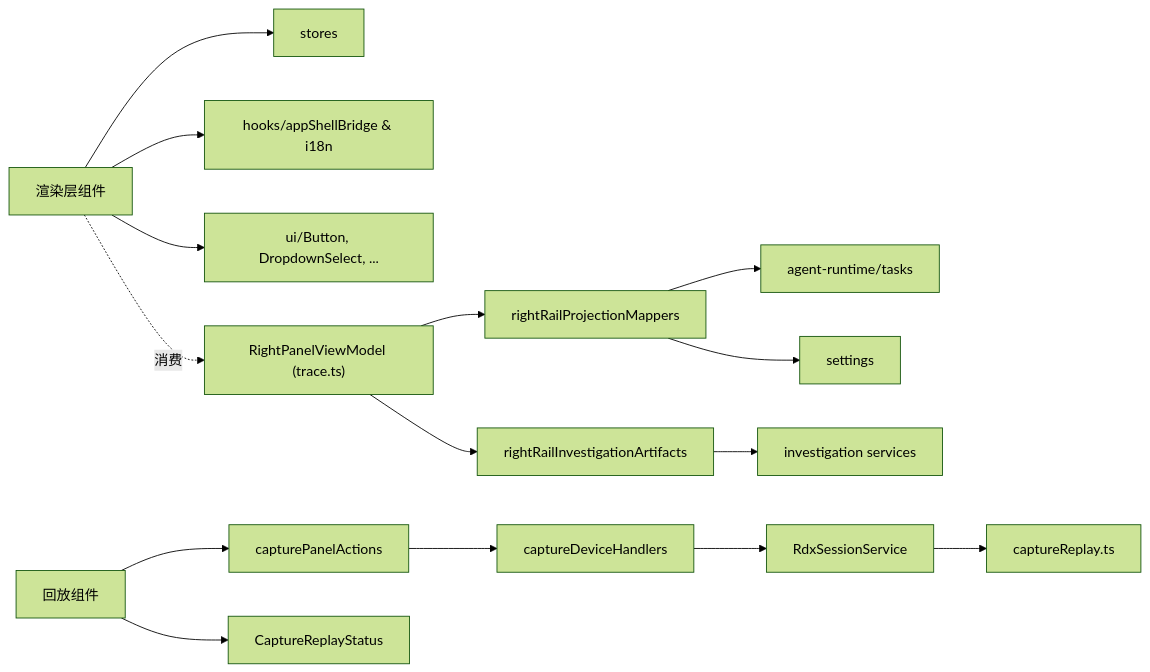
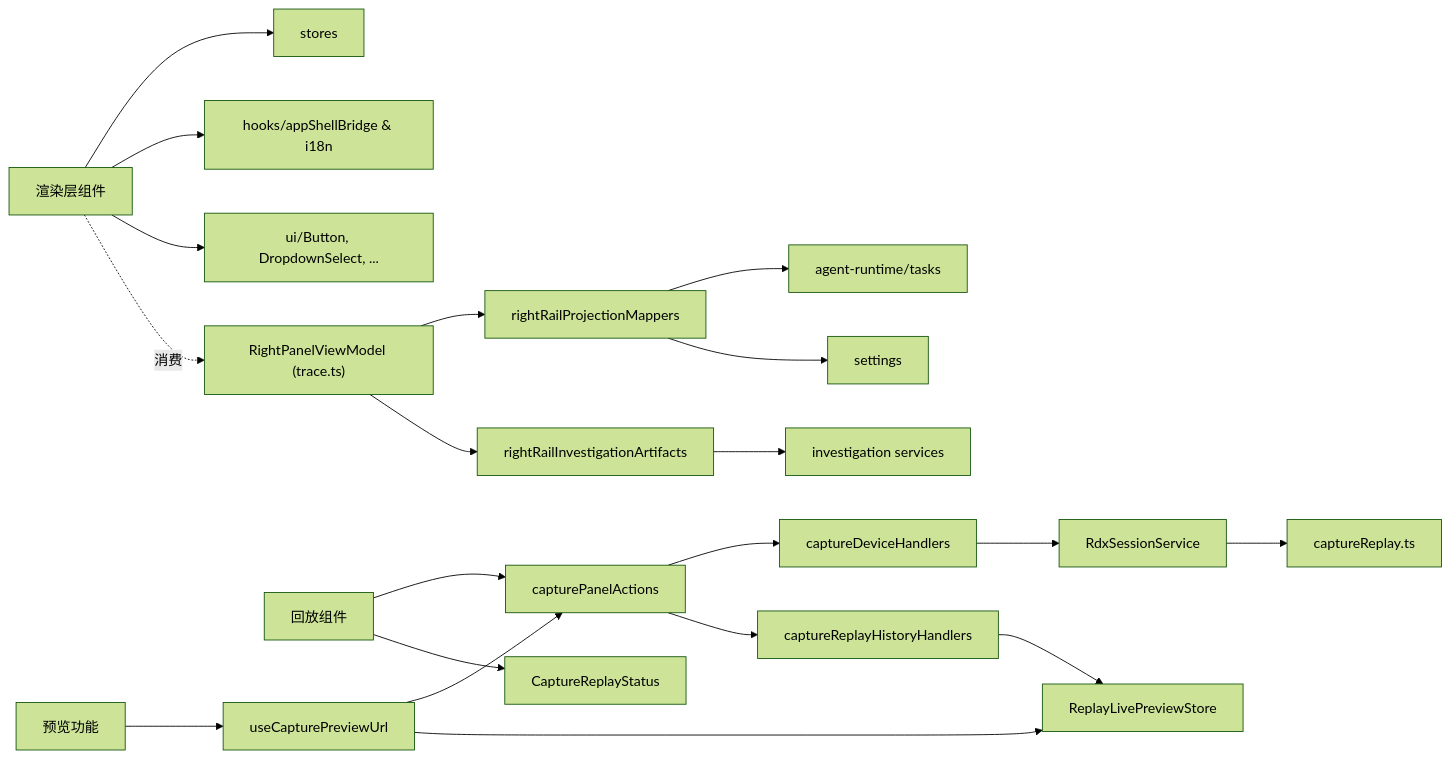
Diagram 16 of 16 in .qoder/repowiki/zh/content/用户界面/右侧面板.md (haolange/RDC-Agent), drawn with Mermaid (forest theme) before and after one commit. The commit also changed other lines of this file and 90 other files, not shown here.

````diff
--- a/.qoder/repowiki/zh/content/用户界面/右侧面板.md
+++ b/.qoder/repowiki/zh/content/用户界面/右侧面板.md
@@ -552,17 +651,22 @@
 ```mermaid
 graph LR
 UI["渲染层组件"] --> Stores["stores"]
 UI --> Hooks["hooks/appShellBridge & i18n"]
 UI --> UIComp["ui/Button, DropdownSelect, ..."]
 UI -.消费.-> Model["RightPanelViewModel (trace.ts)"]
 Model --> Mappers["rightRailProjectionMappers"]
 Model --> Artifacts["rightRailInvestigationArtifacts"]
 Mappers --> Runtime["agent-runtime/tasks"]
 Mappers --> Settings["settings"]
 Artifacts --> Inv["investigation services"]
 Replay["回放组件"] --> Actions["capturePanelActions"]
 Replay --> Status["CaptureReplayStatus"]
 Actions --> Handlers["captureDeviceHandlers"]
 Handlers --> Service["RdxSessionService"]
 Service --> Types["captureReplay.ts"]
+Preview["预览功能"] --> Hook["useCapturePreviewUrl"]
+Hook --> Actions
+Hook --> Store["ReplayLivePreviewStore"]
+Actions --> HistoryHandlers["captureReplayHistoryHandlers"]
+HistoryHandlers --> Store
 ```
````
